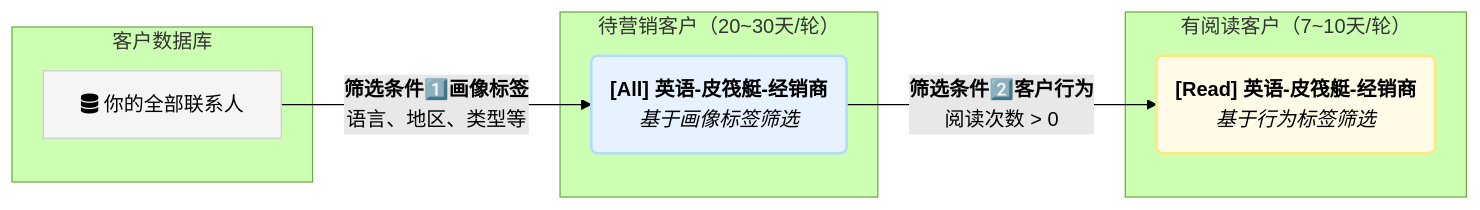
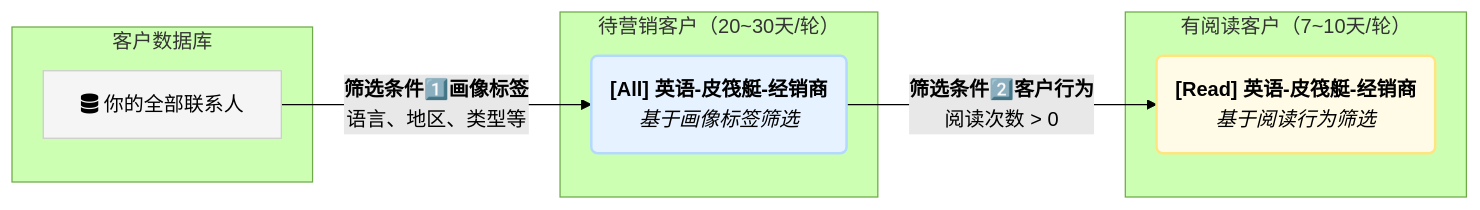
One commit to suxuemi/laifaxin changed the sixth of 12 diagrams in docs/zhinan/customer-management-section.md. Above: the diagram before and after it, drawn with Mermaid (forest theme). The commit also changed other lines of this file and 1 other file, not shown here.

````diff
--- a/docs/zhinan/customer-management-section.md
+++ b/docs/zhinan/customer-management-section.md
@@ -317,21 +294,21 @@
 ```mermaid
 graph LR
     subgraph "客户数据库"
         A[fa:fa-database 你的全部联系人]
     end
 
     subgraph "待营销客户（20~30天/轮）"
         B("<b>[All] 英语-皮筏艇-经销商</b><br><i>基于画像标签筛选</i>")
     end
     
     subgraph "有阅读客户（7~10天/轮）"
-        C("<b>[Read] 英语-皮筏艇-经销商</b><br><i>基于行为标签筛选</i>")
+        C("<b>[Read] 英语-皮筏艇-经销商</b><br><i>基于阅读行为筛选</i>")
     end
 
     A -- "<b>筛选条件1️⃣画像标签</b><br>语言、地区、类型等" --> B
     B -- "<b>筛选条件2️⃣客户行为</b><br>阅读次数 > 0 " --> C
 
     style A fill:#f5f5f5,stroke:#ccc
     style B fill:#e6f2ff,stroke:#b3d9ff,stroke-width:2px
     style C fill:#fffbe6,stroke:#ffe580,stroke-width:2px
 ```
````
